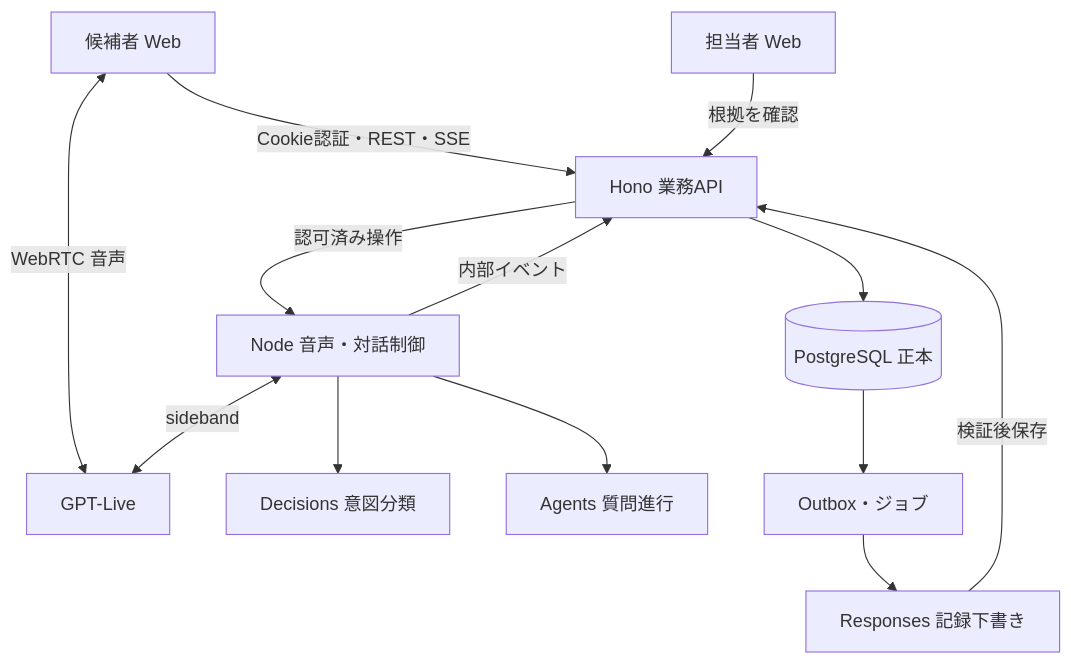
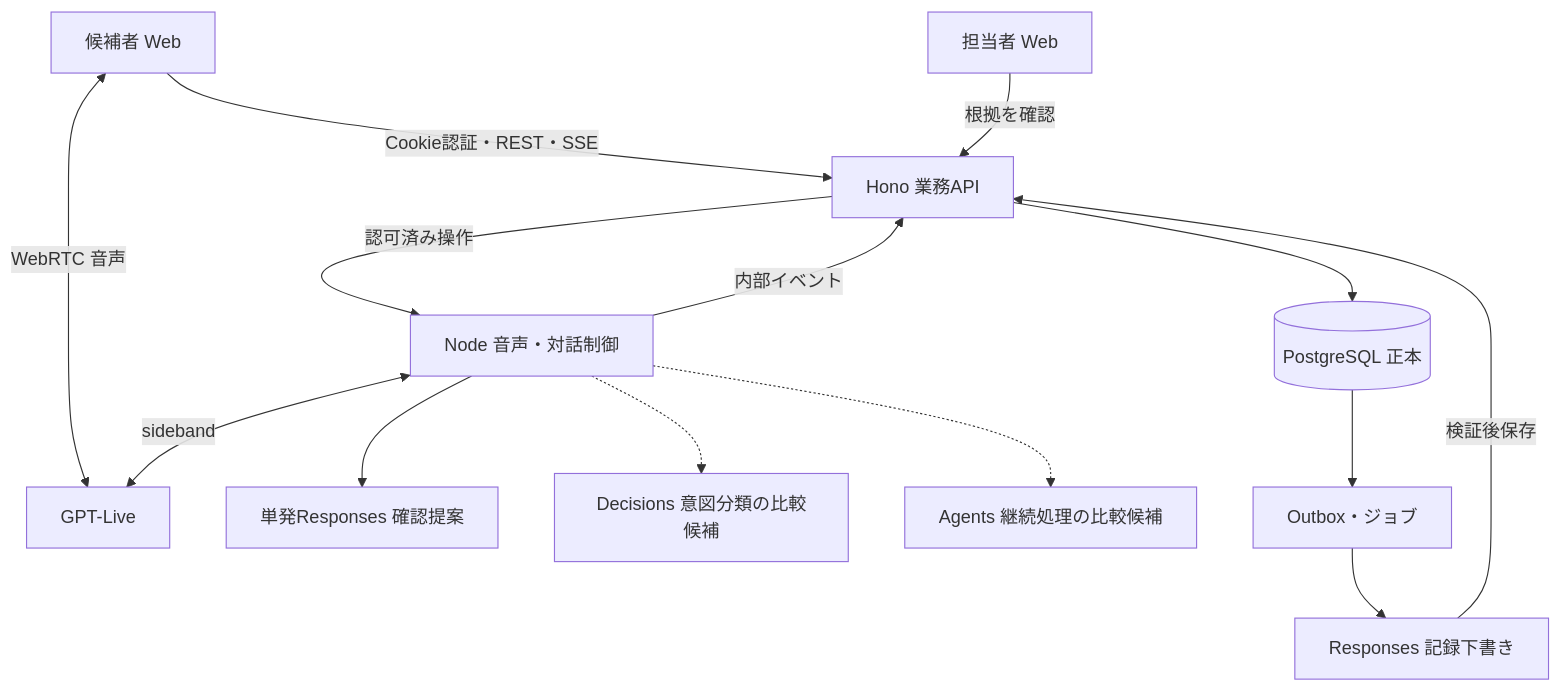
Before and after one commit to pupuchan1/Creative-Destruction-Project: the first of 2 diagrams in docs/02-architecture.md, drawn with Mermaid. The commit also changed other lines of this file and 25 other files, not shown here.

````diff
--- a/docs/02-architecture.md
+++ b/docs/02-architecture.md
@@ -5,15 +5,16 @@
 ```mermaid
 flowchart TD
   C[候補者 Web] -->|Cookie認証・REST・SSE| W[Hono 業務API]
   C <-->|WebRTC 音声| L[GPT-Live]
   W -->|認可済み操作| N[Node 音声・対話制御]
   N <-->|sideband| L
-  N --> D[Decisions 意図分類]
-  N --> A[Agents 質問進行]
+  N --> B[単発Responses 確認提案]
+  N -.-> D[Decisions 意図分類の比較候補]
+  N -.-> A[Agents 継続処理の比較候補]
   W --> P[(PostgreSQL 正本)]
   N -->|内部イベント| W
   P --> Q[Outbox・ジョブ]
   Q --> R[Responses 記録下書き]
   R -->|検証後保存| W
   H[担当者 Web] -->|根拠を確認| W
 ```
````
